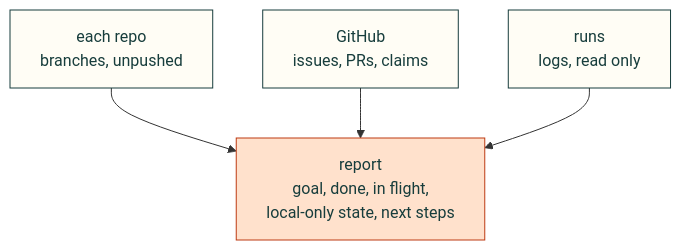
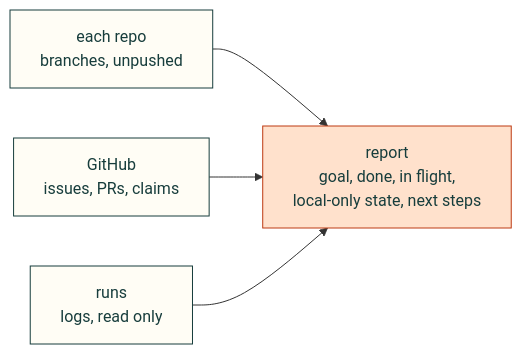
One commit to Valpatel/cad-agent changed the diagram in agents/cad-resume.md. Above: the diagram before and after it, drawn with Mermaid.

Commit message:
cad-resume diagram: sources stacked on the left

````diff
--- a/agents/cad-resume.md
+++ b/agents/cad-resume.md
@@ -9,12 +9,12 @@
 ```mermaid
-flowchart TD
+flowchart LR
     G["each repo<br/>branches, unpushed"] --> R
     H["GitHub<br/>issues, PRs, claims"] --> R
     L["runs<br/>logs, read only"] --> R
     R["report<br/>goal, done, in flight,<br/>local-only state, next steps"]
     classDef here fill:#fffdf5,stroke:#173d3c,color:#173d3c
     classDef near fill:#eef1e4,stroke:#6f8a80,color:#173d3c
     classDef out fill:#ffe1cc,stroke:#bd3a12,color:#173d3c
     class G,H,L here
     class R out
 ```
````
